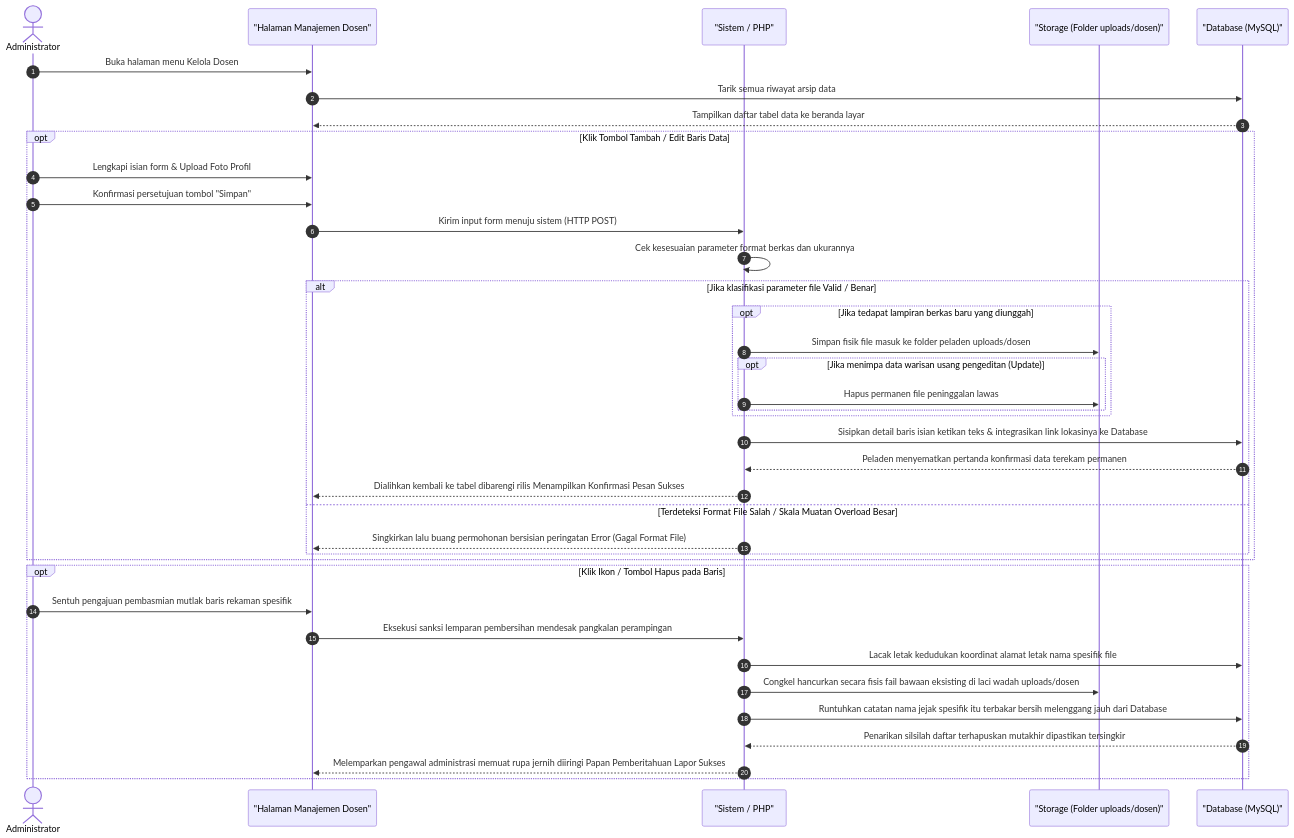
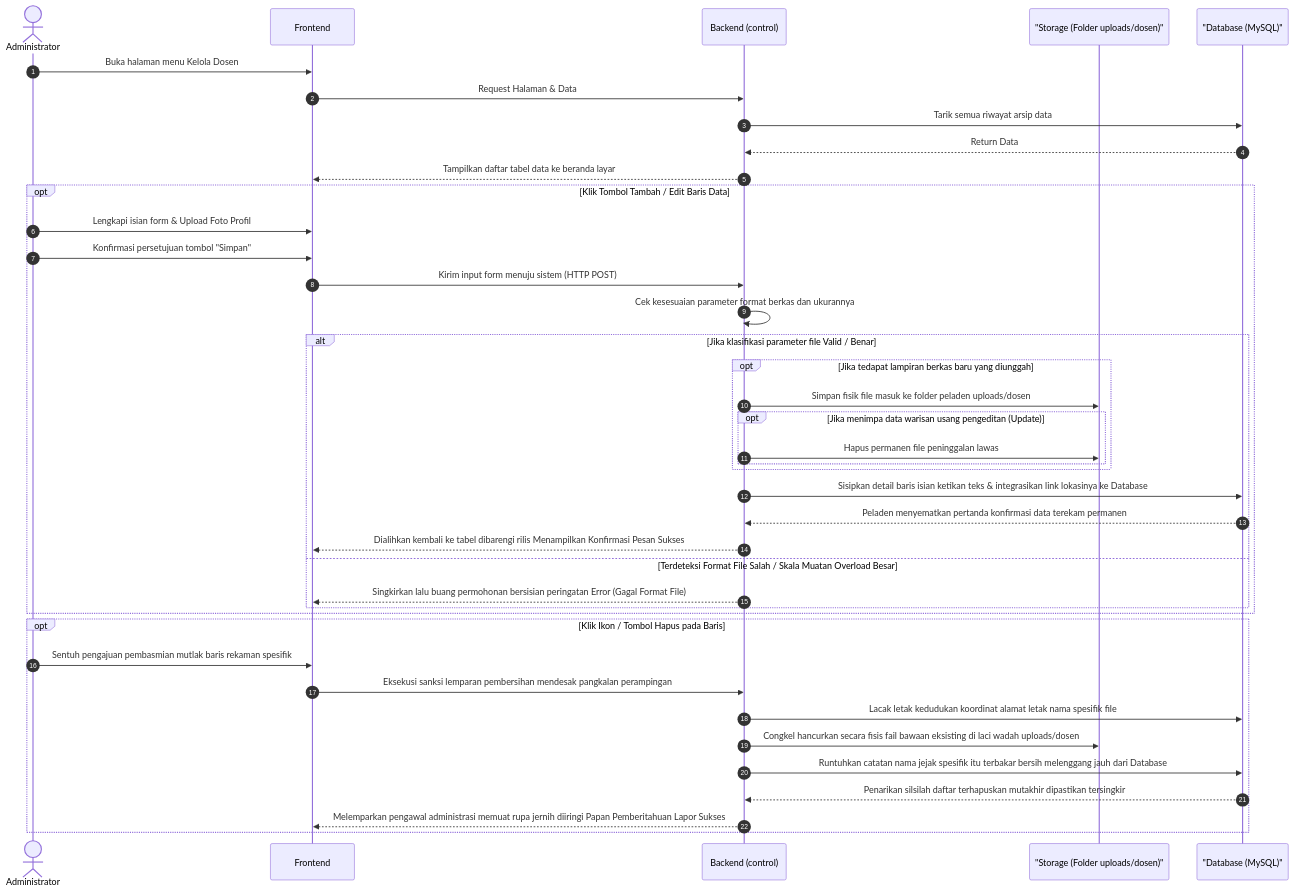
One commit to arbain-dev/Web_fikom changed the fourth of 17 diagrams in docs/kumpulan_sequence_backend.md. Above: the diagram before and after it, drawn with Mermaid. The commit also changed other lines of this file and 1 other file, not shown here.

Commit message:
docs: standardisasi arsitektur 3 tier (Frontend, Backend, DB) pada seluruh sequence diagram backend

````diff
--- a/docs/kumpulan_sequence_backend.md
+++ b/docs/kumpulan_sequence_backend.md
@@ -130,48 +134,50 @@
 ```mermaid
 sequenceDiagram
     autonumber
     actor Admin as Administrator
-    participant View as "Halaman Manajemen Dosen"
-    participant System as "Sistem / PHP"
+    participant Frontend
+    participant Backend as Backend (control)
     participant Server as "Storage (Folder uploads/dosen)"
     participant DB as "Database (MySQL)"
 
-    Admin->>View: Buka halaman menu Kelola Dosen
-    View->>DB: Tarik semua riwayat arsip data
-    DB-->>View: Tampilkan daftar tabel data ke beranda layar
+    Admin->>Frontend: Buka halaman menu Kelola Dosen
+    Frontend->>Backend: Request Halaman & Data
+    Backend->>DB: Tarik semua riwayat arsip data
+    DB-->>Backend: Return Data
+    Backend-->>Frontend: Tampilkan daftar tabel data ke beranda layar
 
     %% Proses Tambah / Edit
     opt Klik Tombol Tambah / Edit Baris Data
-        Admin->>View: Lengkapi isian form & Upload Foto Profil
-        Admin->>View: Konfirmasi persetujuan tombol "Simpan"
-        View->>System: Kirim input form menuju sistem (HTTP POST)
+        Admin->>Frontend: Lengkapi isian form & Upload Foto Profil
+        Admin->>Frontend: Konfirmasi persetujuan tombol "Simpan"
+        Frontend->>Backend: Kirim input form menuju sistem (HTTP POST)
 
-        System->>System: Cek kesesuaian parameter format berkas dan ukurannya
+        Backend->>Backend: Cek kesesuaian parameter format berkas dan ukurannya
         
         alt Jika klasifikasi parameter file Valid / Benar
             opt Jika tedapat lampiran berkas baru yang diunggah
-                System->>Server: Simpan fisik file masuk ke folder peladen uploads/dosen
+                Backend->>Server: Simpan fisik file masuk ke folder peladen uploads/dosen
                 opt Jika menimpa data warisan usang pengeditan (Update)
-                    System->>Server: Hapus permanen file peninggalan lawas
+                    Backend->>Server: Hapus permanen file peninggalan lawas
                 end
             end
             
-            System->>DB: Sisipkan detail baris isian ketikan teks & integrasikan link lokasinya ke Database
-            DB-->>System: Peladen menyematkan pertanda konfirmasi data terekam permanen
-            System-->>View: Dialihkan kembali ke tabel dibarengi rilis Menampilkan Konfirmasi Pesan Sukses
+            Backend->>DB: Sisipkan detail baris isian ketikan teks & integrasikan link lokasinya ke Database
+            DB-->>Backend: Peladen menyematkan pertanda konfirmasi data terekam permanen
+            Backend-->>Frontend: Dialihkan kembali ke tabel dibarengi rilis Menampilkan Konfirmasi Pesan Sukses
         else Terdeteksi Format File Salah / Skala Muatan Overload Besar
-            System-->>View: Singkirkan lalu buang permohonan bersisian peringatan Error (Gagal Format File)
+            Backend-->>Frontend: Singkirkan lalu buang permohonan bersisian peringatan Error (Gagal Format File)
         end
     end
 
     %% Proses Hapus
     opt Klik Ikon / Tombol Hapus pada Baris
-        Admin->>View: Sentuh pengajuan pembasmian mutlak baris rekaman spesifik
-        View->>System: Eksekusi sanksi lemparan pembersihan mendesak pangkalan perampingan
-        System->>DB: Lacak letak kedudukan koordinat alamat letak nama spesifik file 
-        System->>Server: Congkel hancurkan secara fisis fail bawaan eksisting di laci wadah uploads/dosen
-        System->>DB: Runtuhkan catatan nama jejak spesifik itu terbakar bersih melenggang jauh dari Database
-        DB-->>System: Penarikan silsilah daftar terhapuskan mutakhir dipastikan tersingkir
-        System-->>View: Melemparkan pengawal administrasi memuat rupa jernih diiringi Papan Pemberitahuan Lapor Sukses 
+        Admin->>Frontend: Sentuh pengajuan pembasmian mutlak baris rekaman spesifik
+        Frontend->>Backend: Eksekusi sanksi lemparan pembersihan mendesak pangkalan perampingan
+        Backend->>DB: Lacak letak kedudukan koordinat alamat letak nama spesifik file 
+        Backend->>Server: Congkel hancurkan secara fisis fail bawaan eksisting di laci wadah uploads/dosen
+        Backend->>DB: Runtuhkan catatan nama jejak spesifik itu terbakar bersih melenggang jauh dari Database
+        DB-->>Backend: Penarikan silsilah daftar terhapuskan mutakhir dipastikan tersingkir
+        Backend-->>Frontend: Melemparkan pengawal administrasi memuat rupa jernih diiringi Papan Pemberitahuan Lapor Sukses 
     end
 ```
````
